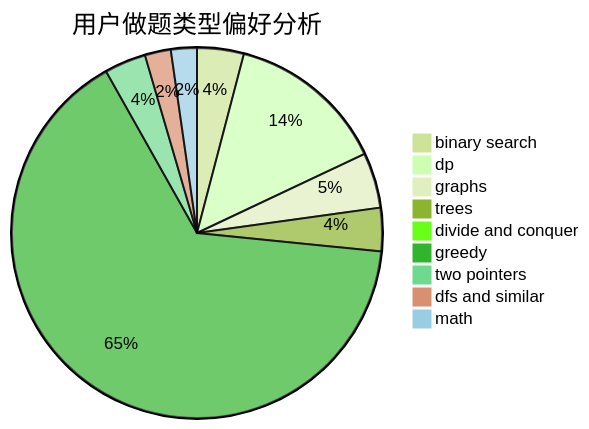
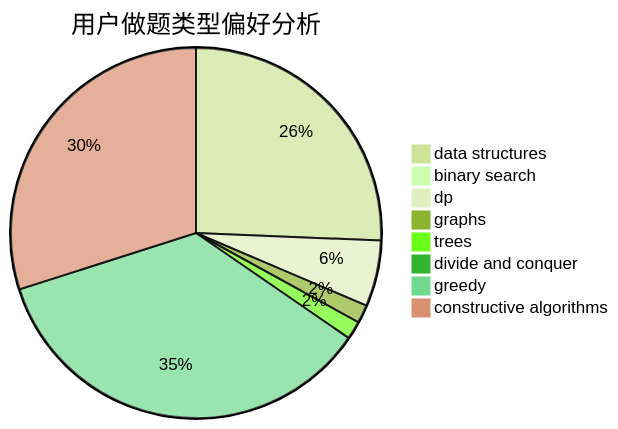
Before and after one commit to sherpahu/cfrs.github.io: the second of 3 diagrams in docs/user/u293.md, drawn with Mermaid (forest theme). The commit also changed other lines of this file and 2775 other files, not shown here.

````diff
--- a/docs/user/u293.md
+++ b/docs/user/u293.md
@@ -23,12 +23,11 @@
 ```mermaid
 pie title 用户做题类型偏好分析
-    "binary search" :  27
-    "dp" :  92
-    "graphs" :  32
-    "trees" :  25
+    "data structures" :  258
+    "binary search" :  2
+    "dp" :  58
+    "graphs" :  16
+    "trees" :  16
     "divide and conquer" :  0
-    "greedy" :  432
-    "two pointers" :  24
-    "dfs and similar" :  15
-    "math" :  15
+    "greedy" :  357
+    "constructive algorithms" :  301
 ```
````
